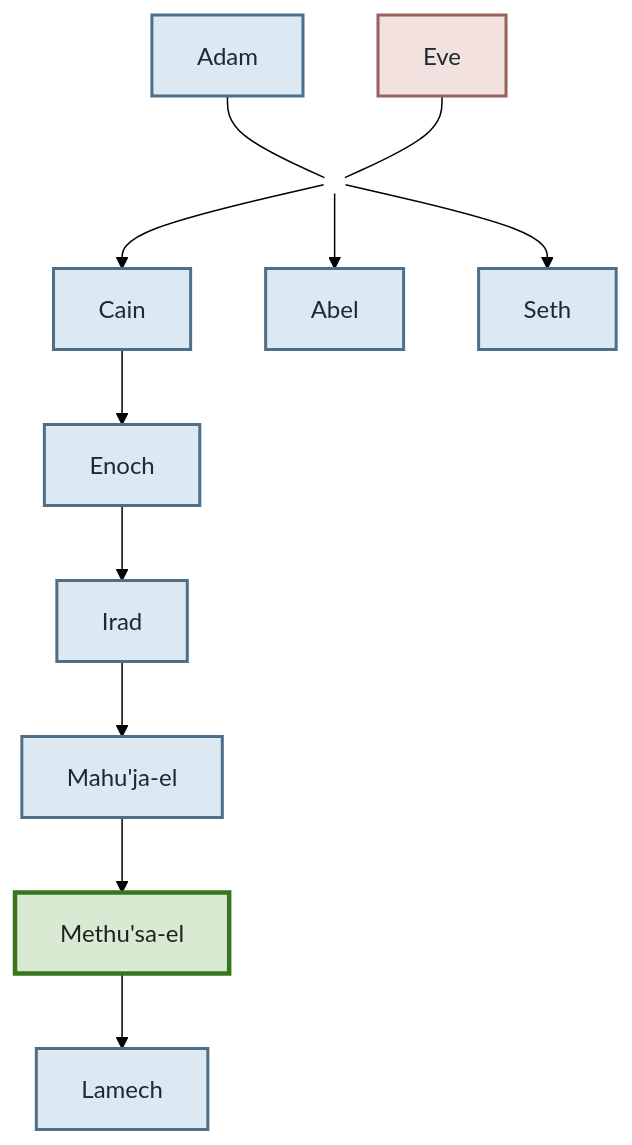
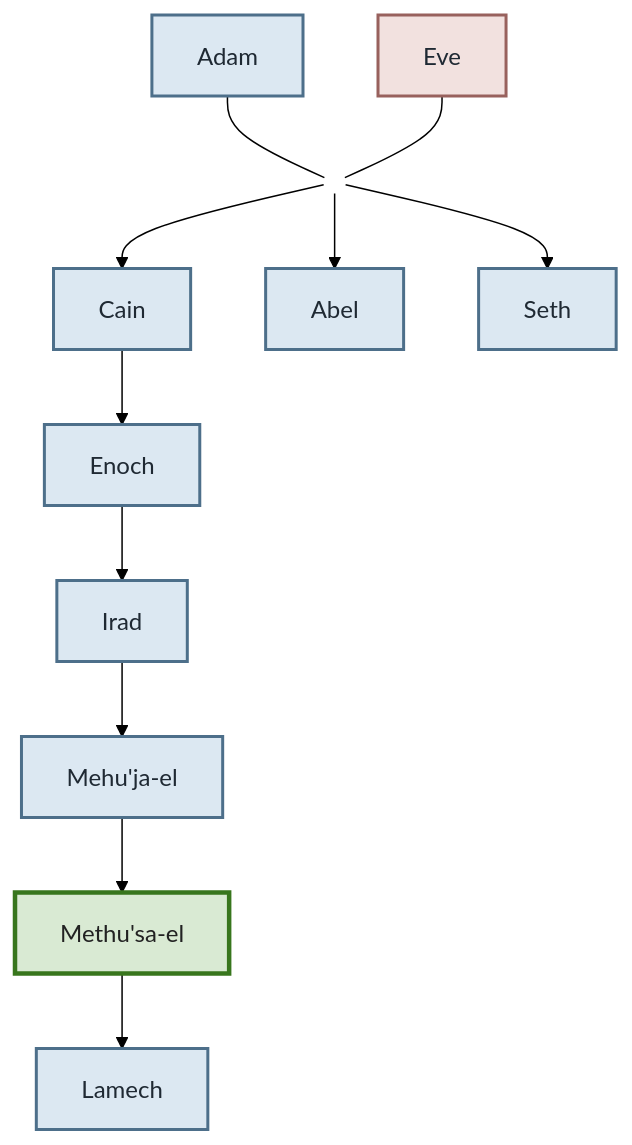
The diagram in docs/Who_is_Who_in_Bible/M/Methusael.md (cheneuwo/KJB_JB2), drawn with Mermaid (forest theme) before and after one commit. The commit also changed 2 other files, not shown here.

Commit message:
hyperlinks in family tree

````diff
--- a/docs/Who_is_Who_in_Bible/M/Methusael.md
+++ b/docs/Who_is_Who_in_Bible/M/Methusael.md
@@ -14,27 +14,37 @@
 ```{mermaid}
 :label: fig:methusael-lineage
 :class: centered-mermaid
 
 flowchart TB
   Adam[Adam] --- union1(( ))
   Eve[Eve] --- union1
 
   union1 --> Cain[Cain]
   union1 --> Abel[Abel]
   union1 --> Seth[Seth]
   Cain --> Enoch[Enoch]
   Enoch --> Irad[Irad]
-  Irad --> Mehujael[Mahu'ja-el]
+  Irad --> Mehujael[Mehu'ja-el]
   Mehujael --> Methusael[Methu'sa-el]
   Methusael --> Lamech[Lamech]
+  
+  click Adam href "../adam" "about Adam" _self
+  click Eve href "../eve" "about Eve" _self
+  click Cain href "../cain" "about Cain" _self
+  click Abel href "../abel" "about Abel" _self
+  click Seth href "../seth" "about Seth" _self
+  click Enoch href "../enoch" "about Enoch" _self
+  click Irad href "../irad" "about Irad" _self
+  click Mehujael href "../mehujael" "about Mehu'ja-el" _self
+  click Lamech href "../lamech" "about Lamech" _self
 
   classDef male fill:#DCE8F2,stroke:#4D6F8A,stroke-width:2px,color:#1F2933;
   classDef female fill:#F2E1DF,stroke:#98615D,stroke-width:2px,color:#1F2933;
   classDef union fill:none,stroke:none;
   classDef focus fill:#d9ead3,stroke:#38761d,stroke-width:3px,color:#222;
 
   class Eve female;
   class Adam,Cain,Abel,Seth,Enoch,Irad,Mehujael,Lamech male;
   class union1 union;
   class Methusael focus;
 ```
````
